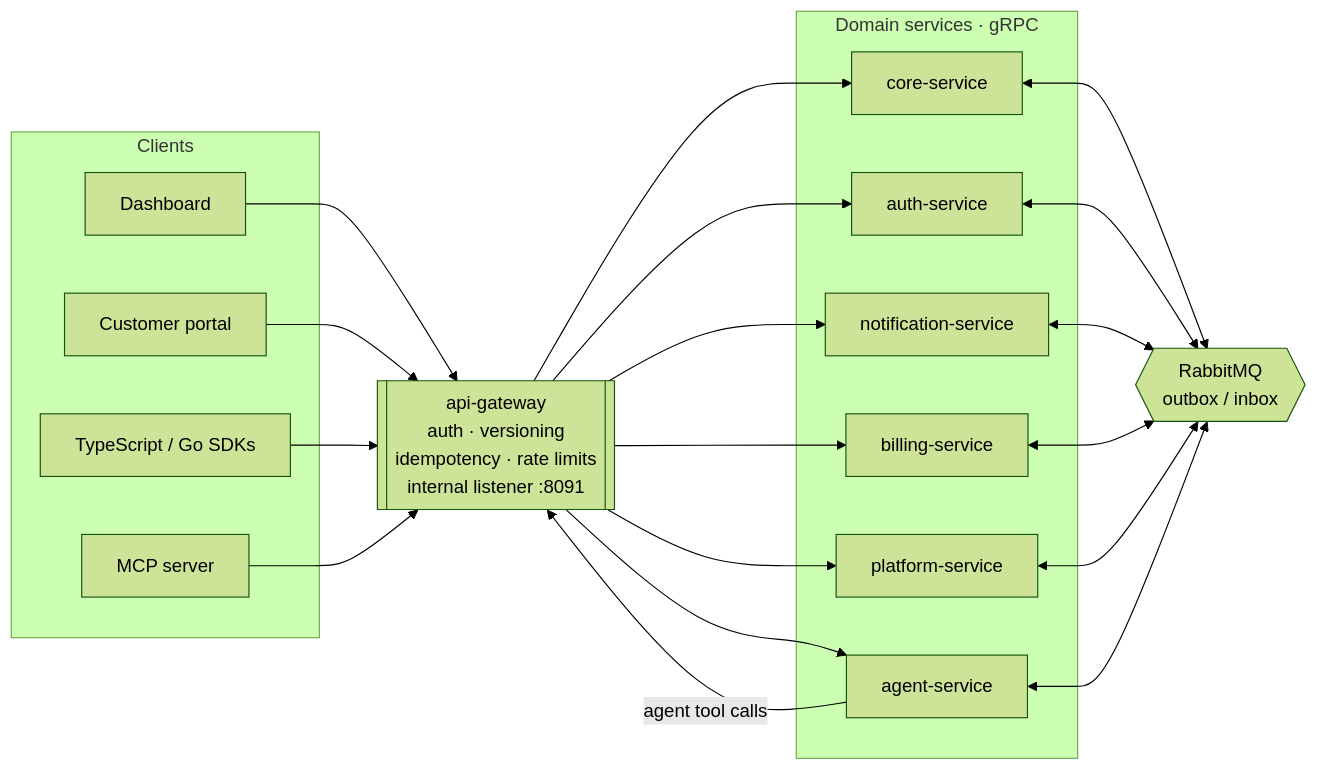
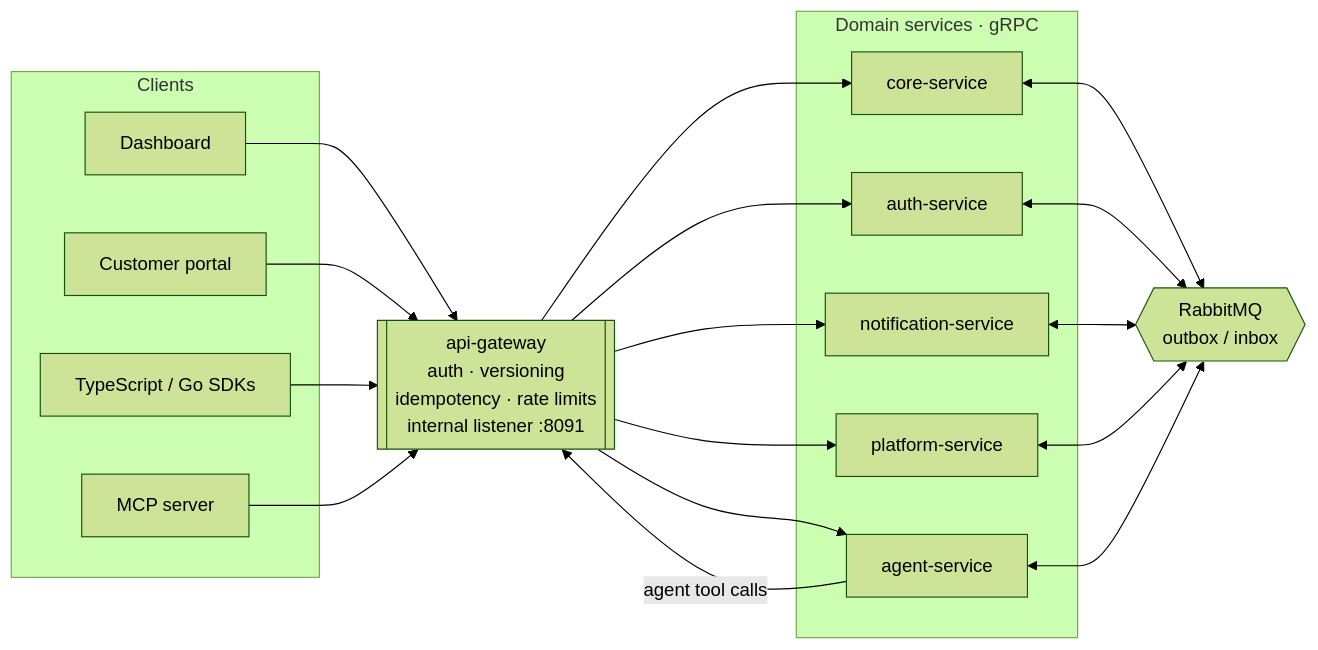
One commit to open-mrp/api changed the diagram in README.md. Above: the diagram before and after it, drawn with Mermaid (forest theme). The commit also changed other lines of this file and 299 other files, not shown here.

Commit message:
feat!: remove SaaS plans, subscriptions and billing-service (#349)

````diff
--- a/README.md
+++ b/README.md
@@ -61,27 +61,26 @@
 ```mermaid
 flowchart LR
     subgraph clients [Clients]
         DASH[Dashboard]
         PORTAL[Customer portal]
         SDK["TypeScript / Go SDKs"]
         MCP[MCP server]
     end
 
     GW[["api-gateway<br/>auth · versioning<br/>idempotency · rate limits<br/>internal listener :8091"]]
 
     subgraph services [Domain services · gRPC]
         CORE[core-service]
         AUTH[auth-service]
         NOTIF[notification-service]
-        BILL[billing-service]
         PLAT[platform-service]
         AGENT[agent-service]
     end
 
     MQ{{"RabbitMQ<br/>outbox / inbox"}}
 
     DASH & PORTAL & SDK & MCP --> GW
-    GW --> CORE & AUTH & NOTIF & BILL & PLAT & AGENT
+    GW --> CORE & AUTH & NOTIF & PLAT & AGENT
     AGENT -- "agent tool calls" --> GW
-    CORE & AUTH & NOTIF & BILL & PLAT & AGENT <--> MQ
+    CORE & AUTH & NOTIF & PLAT & AGENT <--> MQ
 ```
````
